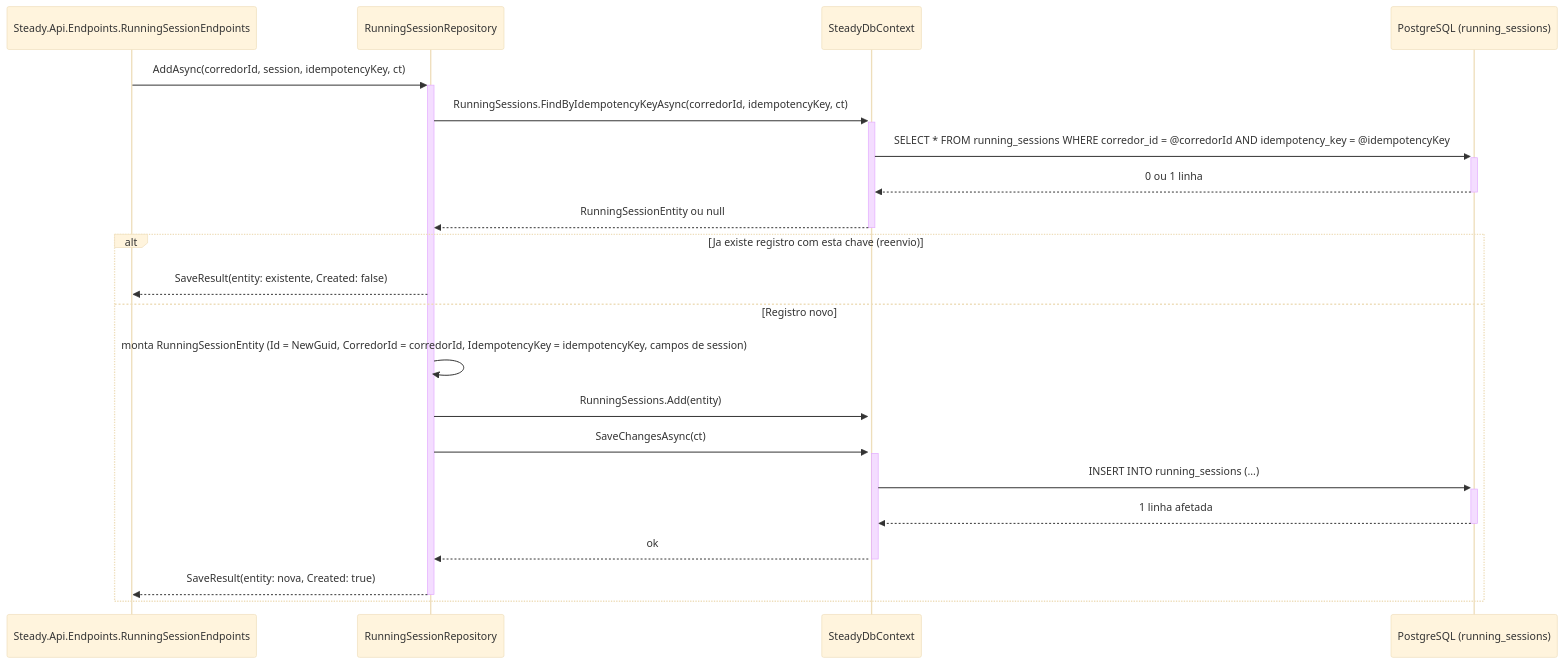
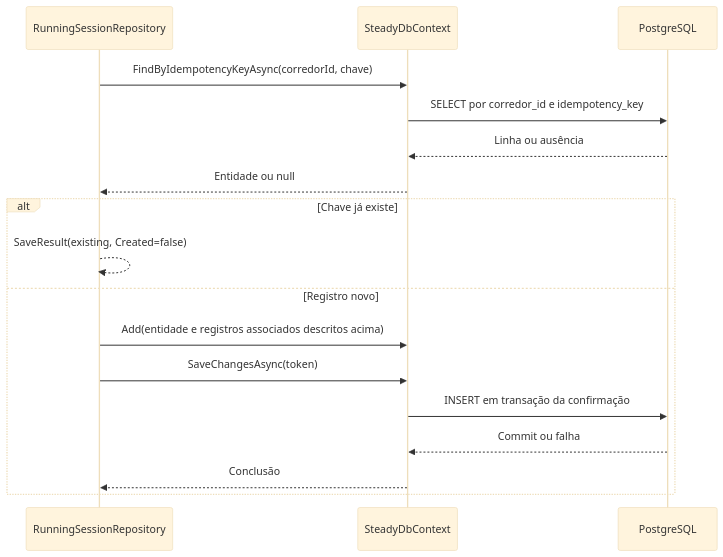
Before and after one commit to JoaoFPedro/steady-ia: the diagram in DocumentAIReadme/Steady.Infrastructure/DevDocs/RunningSessionRepository-Persistencia-Treino-DevDocs.md, drawn with Mermaid (base theme). The commit also changed other lines of this file and 318 other files, not shown here.

````diff
--- a/DocumentAIReadme/Steady.Infrastructure/DevDocs/RunningSessionRepository-Persistencia-Treino-DevDocs.md
+++ b/DocumentAIReadme/Steady.Infrastructure/DevDocs/RunningSessionRepository-Persistencia-Treino-DevDocs.md
@@ -76,24 +57,19 @@
 ```mermaid
 sequenceDiagram
-    participant Endpoint as Steady.Api.Endpoints.RunningSessionEndpoints
-    participant Repository as RunningSessionRepository
-    participant Context as SteadyDbContext
-    participant Database as PostgreSQL (running_sessions)
-
-    Endpoint->>+Repository: AddAsync(corredorId, session, idempotencyKey, ct)
-    Repository->>+Context: RunningSessions.FindByIdempotencyKeyAsync(corredorId, idempotencyKey, ct)
-    Context->>+Database: SELECT * FROM running_sessions WHERE corredor_id = @corredorId AND idempotency_key = @idempotencyKey
-    Database-->>-Context: 0 ou 1 linha
-    Context-->>-Repository: RunningSessionEntity ou null
-    alt Ja existe registro com esta chave (reenvio)
-        Repository-->>Endpoint: SaveResult(entity: existente, Created: false)
+    participant R as RunningSessionRepository
+    participant CTX as SteadyDbContext
+    participant DB as PostgreSQL
+    R->>CTX: FindByIdempotencyKeyAsync(corredorId, chave)
+    CTX->>DB: SELECT por corredor_id e idempotency_key
+    DB-->>CTX: Linha ou ausência
+    CTX-->>R: Entidade ou null
+    alt Chave já existe
+        R-->>R: SaveResult(existing, Created=false)
     else Registro novo
-        Repository->>Repository: monta RunningSessionEntity (Id = NewGuid, CorredorId = corredorId, IdempotencyKey = idempotencyKey, campos de session)
-        Repository->>+Context: RunningSessions.Add(entity)
-        Repository->>+Context: SaveChangesAsync(ct)
-        Context->>+Database: INSERT INTO running_sessions (...)
-        Database-->>-Context: 1 linha afetada
-        Context-->>-Repository: ok
-        Repository-->>-Endpoint: SaveResult(entity: nova, Created: true)
+        R->>CTX: Add(entidade e registros associados descritos acima)
+        R->>CTX: SaveChangesAsync(token)
+        CTX->>DB: INSERT em transação da confirmação
+        DB-->>CTX: Commit ou falha
+        CTX-->>R: Conclusão
     end
 ```
````
